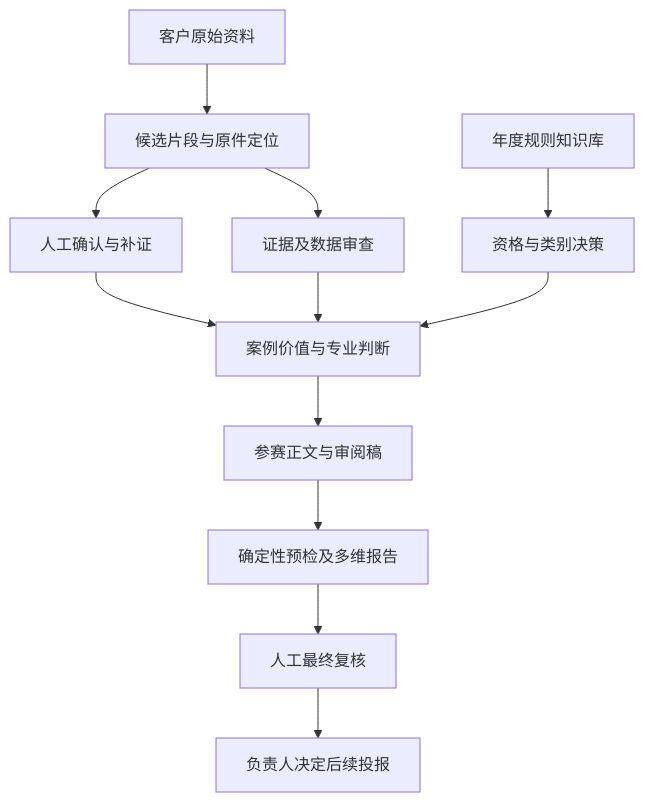
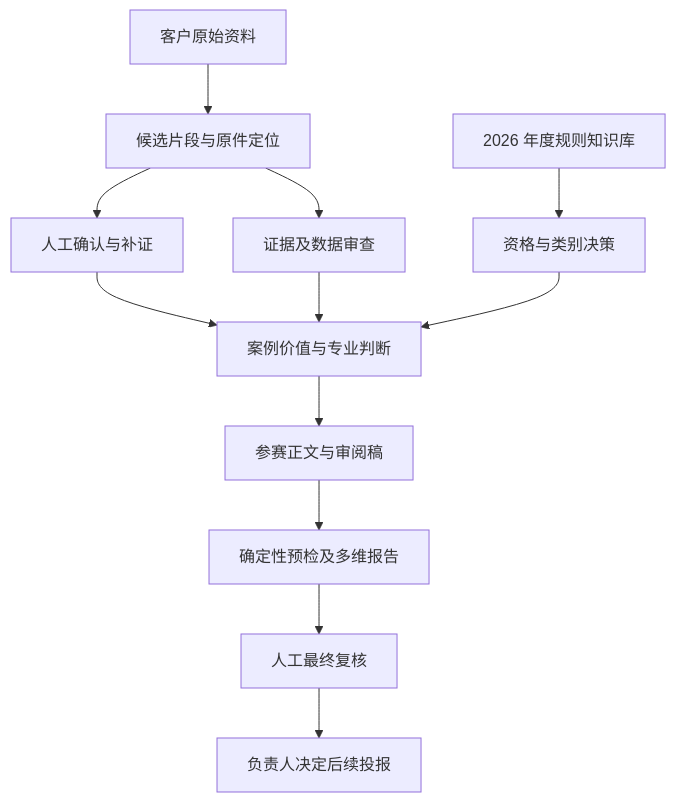
The diagram in README.md (qomob/Effie), drawn with Mermaid before and after one commit. The commit also changed other lines of this file and 15 other files, not shown here.

````diff
--- a/README.md
+++ b/README.md
@@ -80,14 +122,14 @@
 ```mermaid
 flowchart TD
     A[客户原始资料] --> B[候选片段与原件定位]
     B --> C[人工确认与补证]
     B --> D[证据及数据审查]
-    E[年度规则知识库] --> F[资格与类别决策]
+    E[2026 年度规则知识库] --> F[资格与类别决策]
     C --> G[案例价值与专业判断]
     D --> G
     F --> G
     G --> H[参赛正文与审阅稿]
     H --> I[确定性预检及多维报告]
     I --> J[人工最终复核]
     J --> K[负责人决定后续投报]
 ```
````
